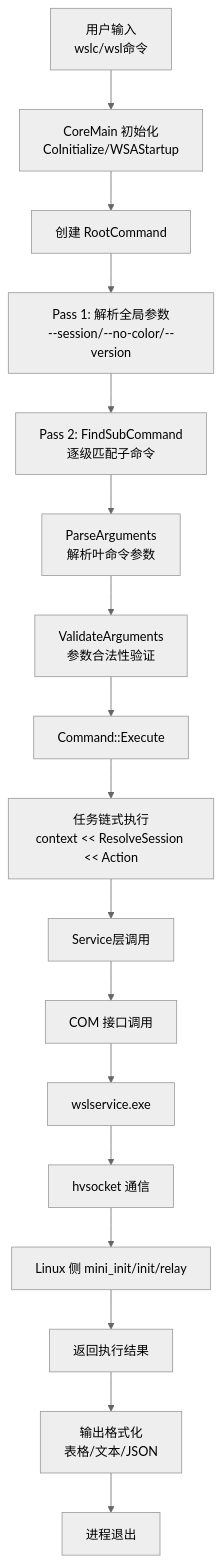
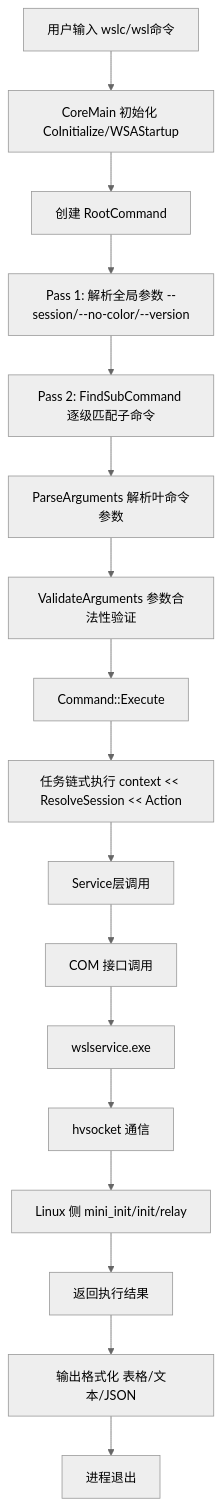
One commit to xinetzone/SpecWeave changed the diagram in .agents/docs/knowledge/learning/08-systems-infrastructure/wsl-wiki/03-cli-reference.md. Above: the diagram before and after it, drawn with Mermaid (neutral theme). The commit also changed 4 other files, not shown here.

Commit message:
fix(diagrams): 修复Mermaid图表VS Code预览渲染失败——移除br标签、带圈数字、特殊符号，统一节点引号格式[prevent: mermaid-syntax-check]

````diff
--- a/.agents/docs/knowledge/learning/08-systems-infrastructure/wsl-wiki/03-cli-reference.md
+++ b/.agents/docs/knowledge/learning/08-systems-infrastructure/wsl-wiki/03-cli-reference.md
@@ -185,19 +185,19 @@
 ```mermaid
 flowchart TD
-    A["用户输入<br/>wslc/wsl命令"] --> B["CoreMain 初始化<br/>CoInitialize/WSAStartup"]
+    A["用户输入 wslc/wsl命令"] --> B["CoreMain 初始化 CoInitialize/WSAStartup"]
     B --> C["创建 RootCommand"]
-    C --> D["Pass 1: 解析全局参数<br/>--session/--no-color/--version"]
-    D --> E["Pass 2: FindSubCommand<br/>逐级匹配子命令"]
-    E --> F["ParseArguments<br/>解析叶命令参数"]
-    F --> G["ValidateArguments<br/>参数合法性验证"]
+    C --> D["Pass 1: 解析全局参数 --session/--no-color/--version"]
+    D --> E["Pass 2: FindSubCommand 逐级匹配子命令"]
+    E --> F["ParseArguments 解析叶命令参数"]
+    F --> G["ValidateArguments 参数合法性验证"]
     G --> H["Command::Execute"]
-    H --> I["任务链式执行<br/>context << ResolveSession << Action"]
+    H --> I["任务链式执行 context << ResolveSession << Action"]
     I --> J["Service层调用"]
     J --> K["COM 接口调用"]
     K --> L["wslservice.exe"]
     L --> M["hvsocket 通信"]
     M --> N["Linux 侧 mini_init/init/relay"]
     N --> O["返回执行结果"]
-    O --> P["输出格式化<br/>表格/文本/JSON"]
+    O --> P["输出格式化 表格/文本/JSON"]
     P --> Q["进程退出"]
 ```
````
